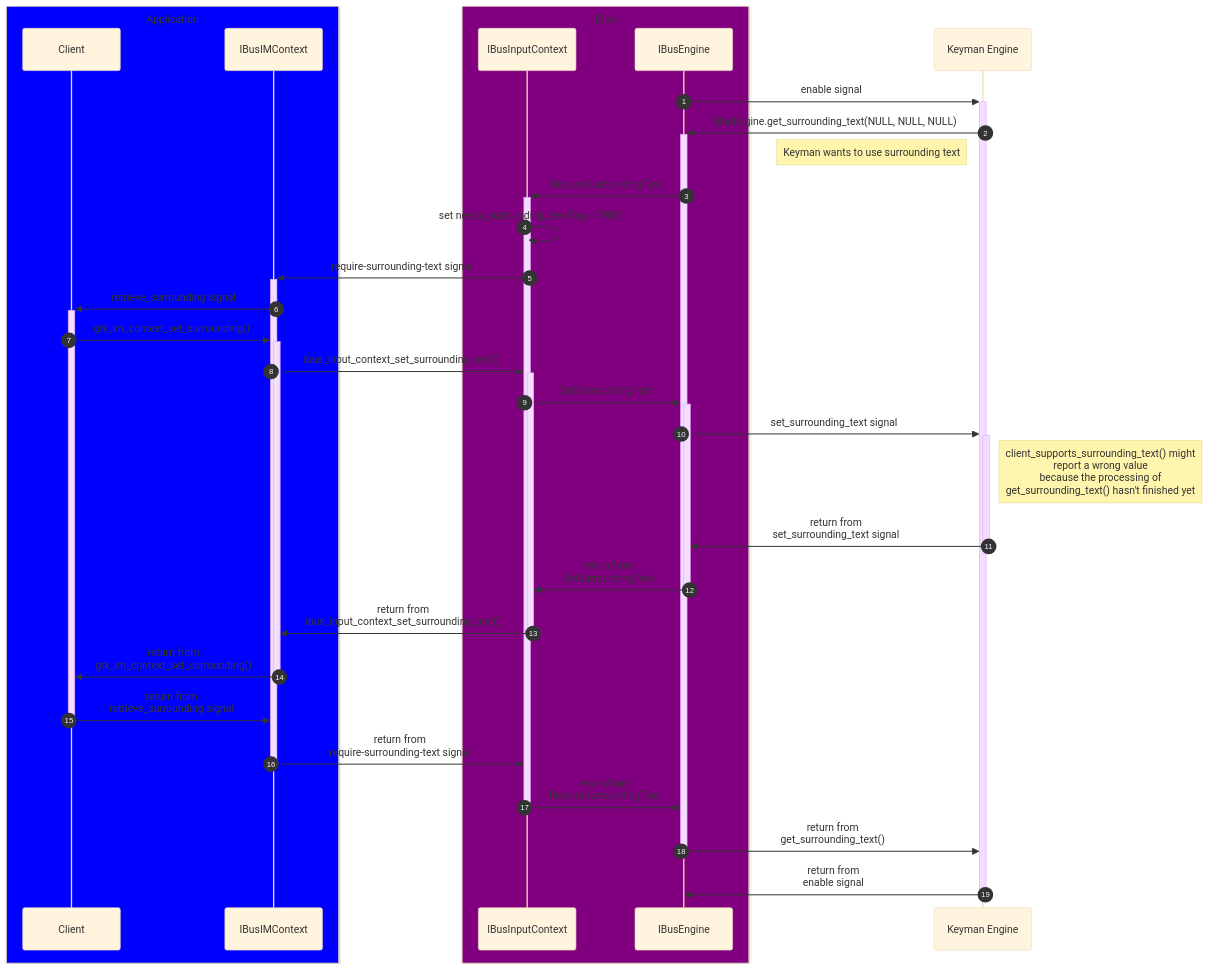
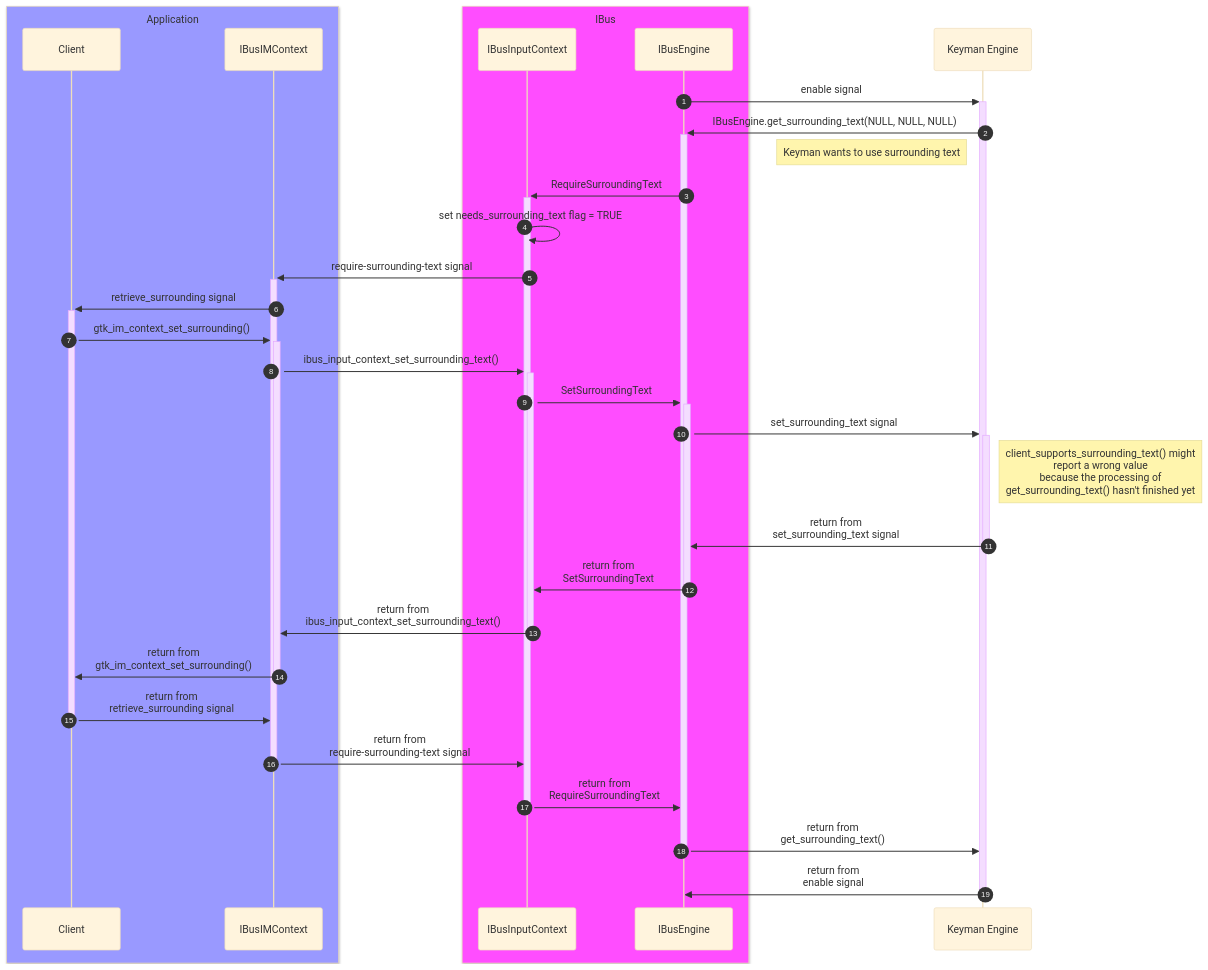
One commit to keymanapp/keyman changed the diagram in linux/docs/internal/ibus-sequence-diagram.md. Above: the diagram before and after it, drawn with Mermaid (base theme). The commit also changed 1 other file, not shown here.

Commit message:
docs(linux): improve colors

````diff
--- a/linux/docs/internal/ibus-sequence-diagram.md
+++ b/linux/docs/internal/ibus-sequence-diagram.md
@@ -8,35 +8,35 @@
 ```mermaid
 sequenceDiagram
     autonumber
-    box blue Application
+    box rgb(153, 153, 255) Application
     participant A as Client
     participant IMC as IBusIMContext
     end
-    box purple IBus
+    box rgb(255, 77, 255) IBus
     participant InC as IBusInputContext
     participant E as IBusEngine
     end
     participant K as Keyman Engine
 
     E->>+K: enable signal
     K->>+E: IBusEngine.get_surrounding_text(NULL, NULL, NULL)
     Note left of K: Keyman wants to use surrounding text
     E->>+InC: RequireSurroundingText
     InC->>InC: set needs_surrounding_text flag = TRUE
     InC->>+IMC: require-surrounding-text signal
     IMC->>+A: retrieve_surrounding signal
     A->>+IMC: gtk_im_context_set_surrounding()
     IMC->>+InC: ibus_input_context_set_surrounding_text()
     InC->>+E: SetSurroundingText
     E->>+K: set_surrounding_text signal
     Note right of K: client_supports_surrounding_text() might<br>report a wrong value<br>because the processing of<br>get_surrounding_text() hasn't finished yet
     K->>-E: return from<br>set_surrounding_text signal
     E->>-InC: return from<br>SetSurroundingText
     InC->>-IMC: return from<br>ibus_input_context_set_surrounding_text()
     IMC->>-A: return from<br>gtk_im_context_set_surrounding()
     A->>-IMC: return from<br>retrieve_surrounding signal
     IMC->>-InC: return from<br>require-surrounding-text signal
     InC->>-E: return from<br>RequireSurroundingText
     E->>-K: return from<br>get_surrounding_text()
     K->>-E: return from<br>enable signal
 ```
````
